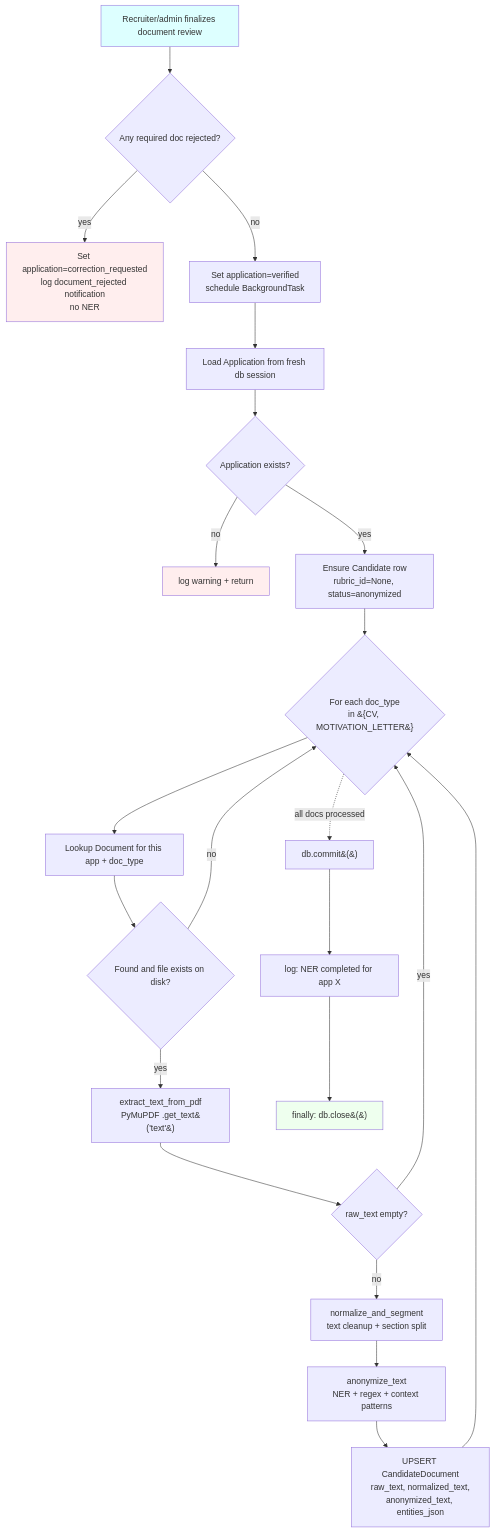
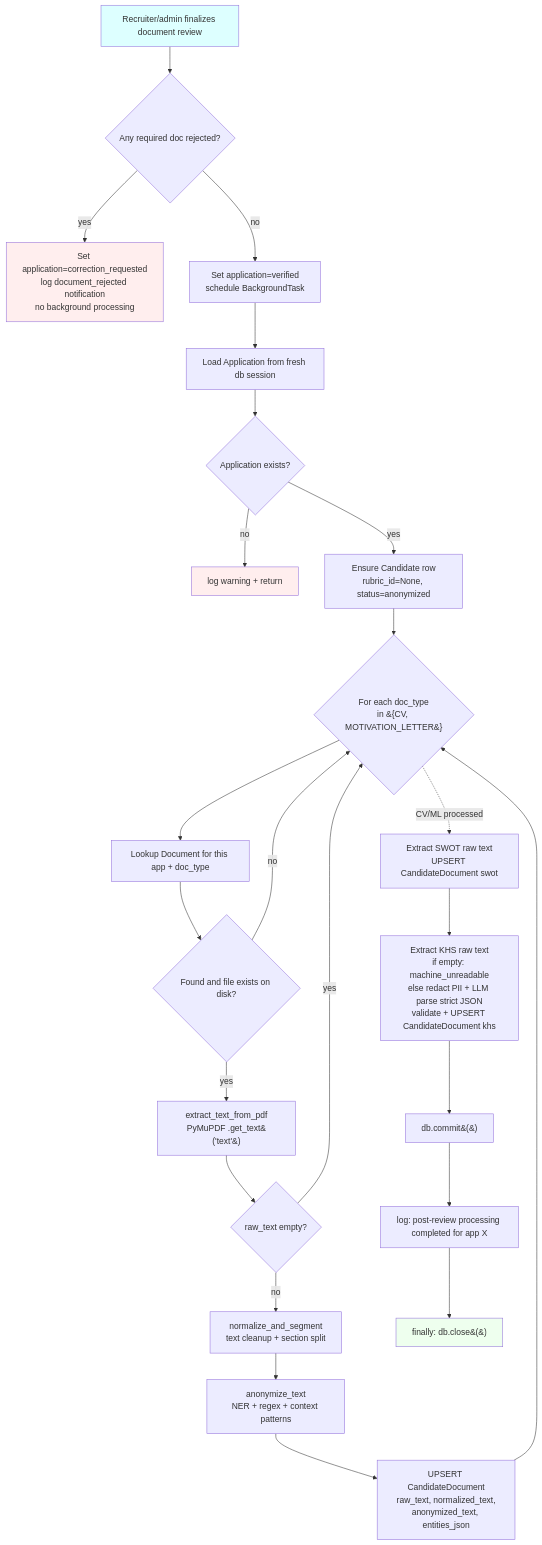
The seventh of 12 diagrams in docs/FLOW_DIAGRAMS.md (istgrudd/screenai-lab), drawn with Mermaid before and after one commit. The commit also changed other lines of this file and 14 other files, not shown here.

Commit message:
Refactor KHS parser to utilize LLM for structured parsing; implement strict validation and PII redaction. Add comprehensive tests for LLM integration and error handling. Document changes in phase KHS parser cache rubric gating.

````diff
--- a/docs/FLOW_DIAGRAMS.md
+++ b/docs/FLOW_DIAGRAMS.md
@@ -288,31 +288,33 @@
 ```mermaid
 flowchart TD
     A[Recruiter/admin finalizes document review] --> A1{Any required doc rejected?}
-    A1 -- yes --> R[Set application=correction_requested<br/>log document_rejected notification<br/>no NER]
+    A1 -- yes --> R[Set application=correction_requested<br/>log document_rejected notification<br/>no background processing]
     A1 -- no --> A2[Set application=verified<br/>schedule BackgroundTask]
     A2 --> B[Load Application from fresh db session]
     B --> C{Application exists?}
     C -- no --> Z[log warning + return]
     C -- yes --> D[Ensure Candidate row<br/>rubric_id=None, status=anonymized]
 
     D --> E{For each doc_type<br/>in &#123;CV, MOTIVATION_LETTER&#125;}
     E --> F[Lookup Document for this app + doc_type]
     F --> G{Found and file exists on disk?}
     G -- no --> E
     G -- yes --> H[extract_text_from_pdf<br/>PyMuPDF .get_text&#40;'text'&#41;]
     H --> I{raw_text empty?}
     I -- yes --> E
     I -- no --> J[normalize_and_segment<br/>text cleanup + section split]
     J --> K[anonymize_text<br/>NER + regex + context patterns]
     K --> L[UPSERT CandidateDocument<br/>raw_text, normalized_text,<br/>anonymized_text, entities_json]
     L --> E
 
-    E -. all docs processed .-> M[db.commit&#40;&#41;]
-    M --> N[log: NER completed for app X]
+    E -. CV/ML processed .-> S[Extract SWOT raw text<br/>UPSERT CandidateDocument swot]
+    S --> T[Extract KHS raw text<br/>if empty: machine_unreadable<br/>else redact PII + LLM parse strict JSON<br/>validate + UPSERT CandidateDocument khs]
+    T --> M[db.commit&#40;&#41;]
+    M --> N[log: post-review processing completed for app X]
     N --> Z2[finally: db.close&#40;&#41;]
 
     style A fill:#dff
     style R fill:#fee
     style Z fill:#fee
     style Z2 fill:#efe
 ```
````
